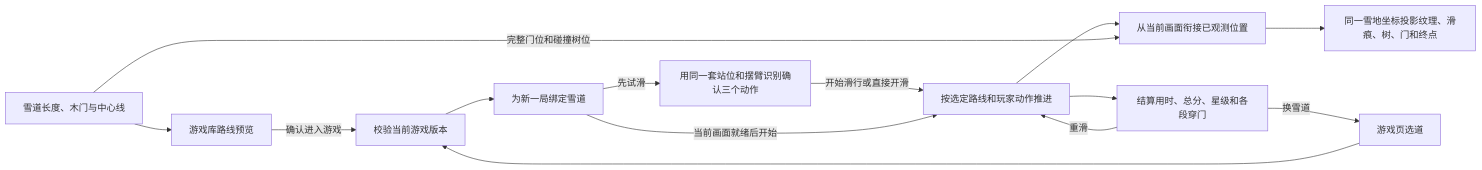
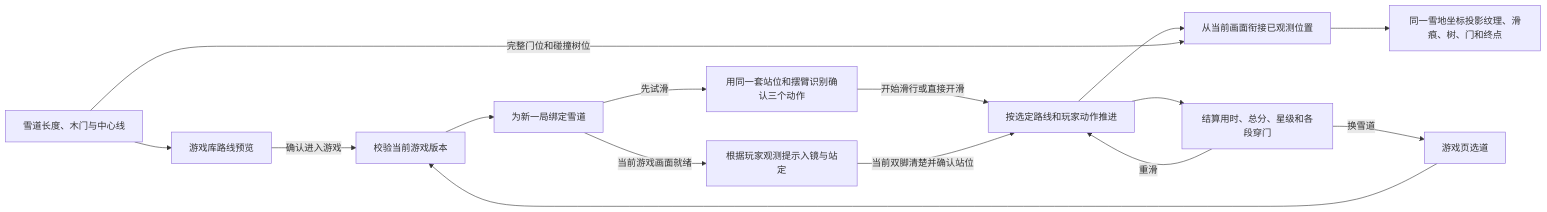
Diagram 14 of 33 in docs/architecture.md (Geeprox/Friday), drawn with Mermaid before and after one commit. The commit also changed other lines of this file and 7 other files, not shown here.

````diff
--- a/docs/architecture.md
+++ b/docs/architecture.md
@@ -328,16 +330,17 @@
 ```mermaid
 flowchart LR
   P[雪道长度、木门与中心线] --> L[游戏库路线预览]
   L -->|确认进入游戏| C[校验当前游戏版本]
   A[游戏页选道] --> C
   C --> R[为新一局绑定雪道]
   R -->|先试滑| T[用同一套站位和摆臂识别确认三个动作]
   T -->|开始滑行或直接开滑| G
-  R -->|当前画面就绪后开始| G[按选定路线和玩家动作推进]
+  R -->|当前游戏画面就绪| F[根据玩家观测提示入镜与站定]
+  F -->|当前双脚清楚并确认站位| G[按选定路线和玩家动作推进]
   G --> M[从当前画面衔接已观测位置]
   P -->|完整门位和碰撞树位| M
   M --> V[同一雪地坐标投影纹理、滑痕、树、门和终点]
   G --> S[结算用时、总分、星级和各段穿门]
   S -->|重滑| G
   S -->|换雪道| A
 ```
````
